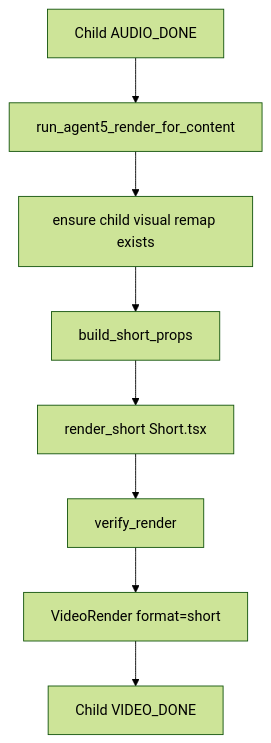
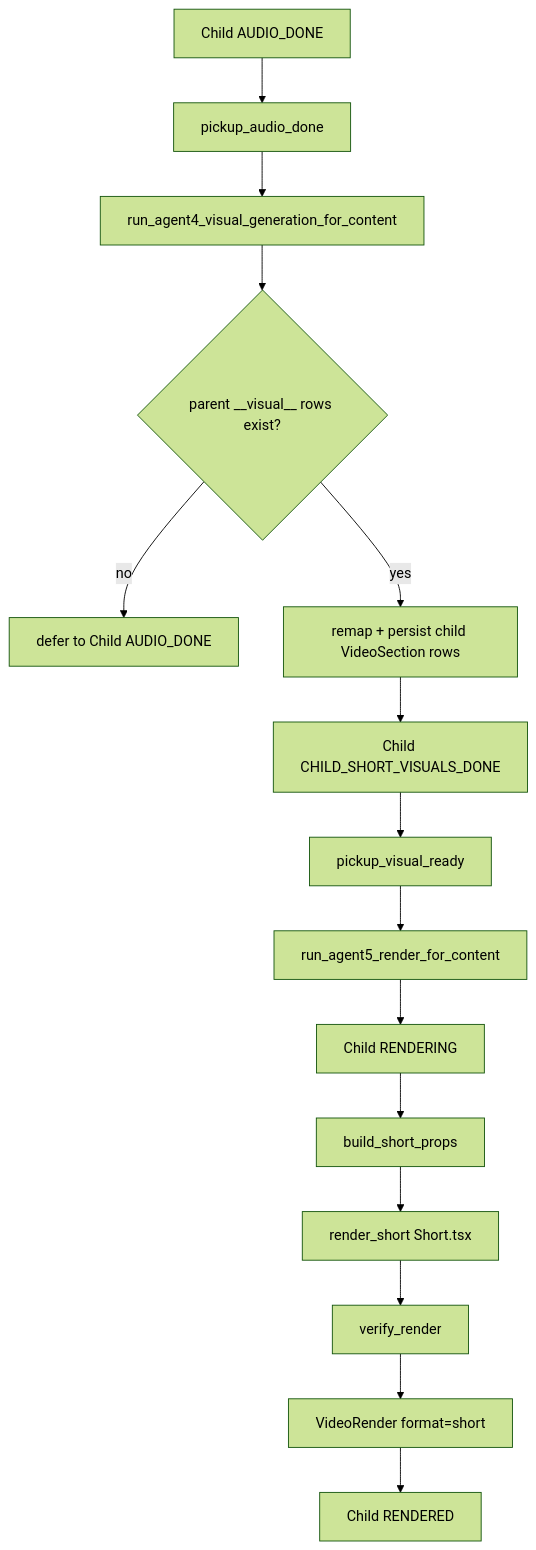
One commit to Hssingr/content-factory changed the eighth of 8 diagrams in CLAUDE.md. Above: the diagram before and after it, drawn with Mermaid (forest theme). The commit also changed other lines of this file and 17 other files, not shown here.

Commit message:
stabilize architecture

````diff
--- a/CLAUDE.md
+++ b/CLAUDE.md
@@ -1211,10 +1376,17 @@
 ```mermaid
 flowchart TD
-    A[Child AUDIO_DONE] --> B[run_agent5_render_for_content]
-    B --> C[ensure child visual remap exists]
-    C --> D[build_short_props]
-    D --> E[render_short Short.tsx]
-    E --> F[verify_render]
-    F --> G[VideoRender format=short]
-    G --> H[Child VIDEO_DONE]
+    A[Child AUDIO_DONE] --> B[pickup_audio_done]
+    B --> C[run_agent4_visual_generation_for_content]
+    C --> D{parent __visual__ rows exist?}
+    D -->|no| E[defer to Child AUDIO_DONE]
+    D -->|yes| F[remap + persist child VideoSection rows]
+    F --> F1[Child CHILD_SHORT_VISUALS_DONE]
+    F1 --> G[pickup_visual_ready]
+    G --> H[run_agent5_render_for_content]
+    H --> H2[Child RENDERING]
+    H2 --> I[build_short_props]
+    I --> J[render_short Short.tsx]
+    J --> K[verify_render]
+    K --> L[VideoRender format=short]
+    L --> M[Child RENDERED]
 ```
````
